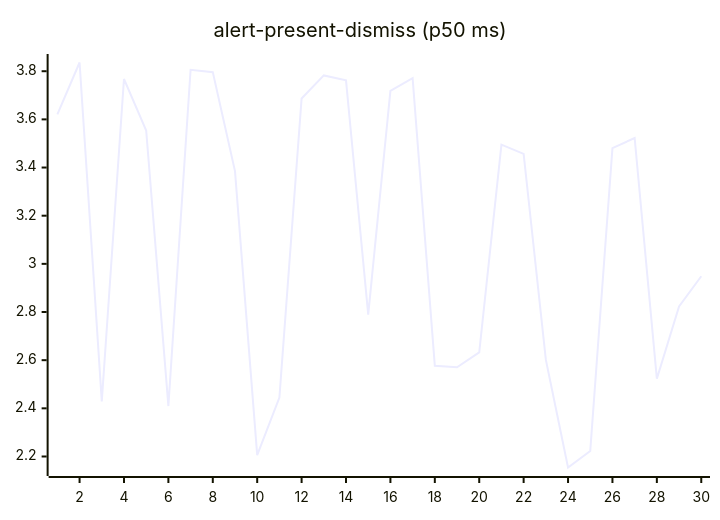
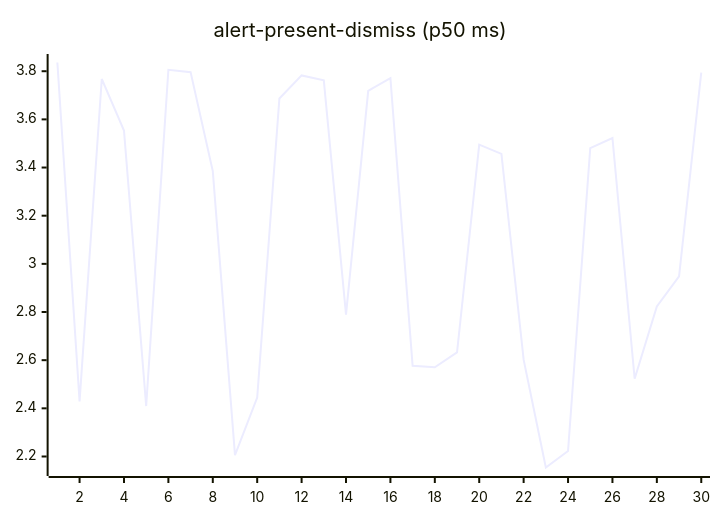
The second of 27 diagrams in README.md (josha/Facet), drawn with Mermaid before and after one commit. The commit also changed other lines of this file and 2 other files, not shown here.

````diff
--- a/README.md
+++ b/README.md
@@ -70,6 +70,6 @@
 ```mermaid
 xychart-beta
     title "alert-present-dismiss (p50 ms)"
     x-axis 1 --> 30
-    line [3.6212, 3.8362, 2.4288, 3.7676, 3.5538, 2.4095, 3.8060, 3.7961, 3.3851, 2.2058, 2.4450, 3.6869, 3.7826, 3.7621, 2.7891, 3.7187, 3.7708, 2.5766, 2.5704, 2.6324, 3.4949, 3.4566, 2.6019, 2.1543, 2.2230, 3.4803, 3.5227, 2.5229, 2.8233, 2.9484]
+    line [3.8362, 2.4288, 3.7676, 3.5538, 2.4095, 3.8060, 3.7961, 3.3851, 2.2058, 2.4450, 3.6869, 3.7826, 3.7621, 2.7891, 3.7187, 3.7708, 2.5766, 2.5704, 2.6324, 3.4949, 3.4566, 2.6019, 2.1543, 2.2230, 3.4803, 3.5227, 2.5229, 2.8233, 2.9484, 3.7942]
 ```
````
